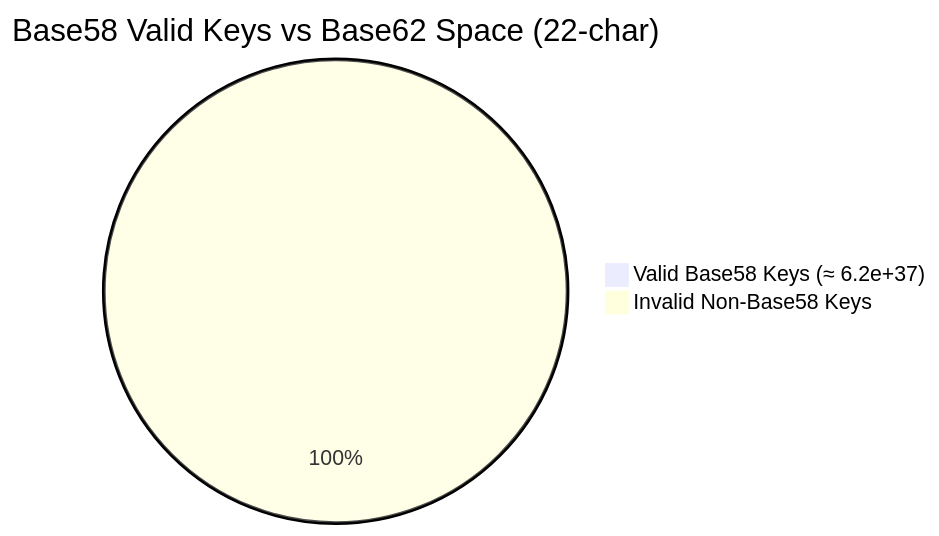
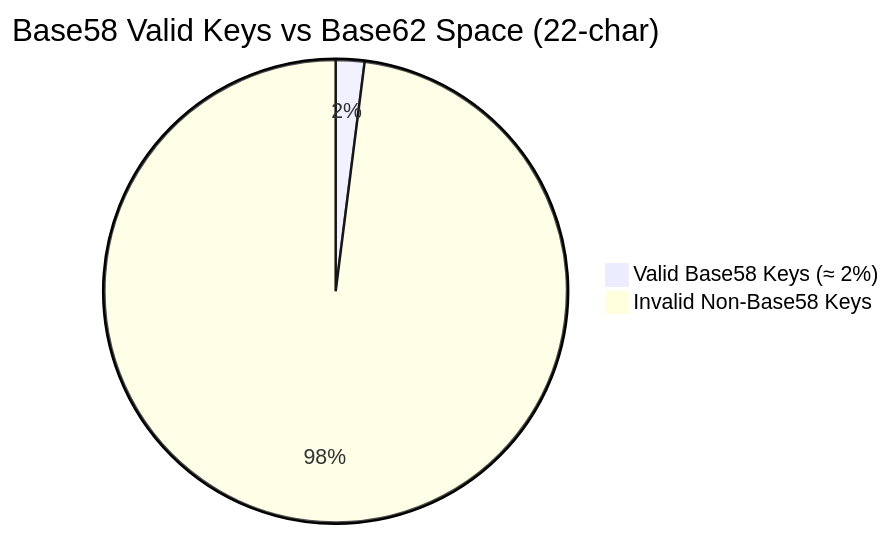
Before and after one commit to Shubsaini08/casamylove: the first of 4 diagrams in README.md, drawn with Mermaid. The commit also changed other lines of this file, not shown here.

````diff
--- a/README.md
+++ b/README.md
@@ -1706,6 +1707,6 @@
 ```mermaid
 pie
     title Base58 Valid Keys vs Base62 Space (22-char)
-    "Valid Base58 Keys (≈ 6.2e+37)": 6.2
-    "Invalid Non-Base58 Keys": 3093.8
+    "Valid Base58 Keys (≈ 2%)": 2
+    "Invalid Non-Base58 Keys": 98
 ```
````
